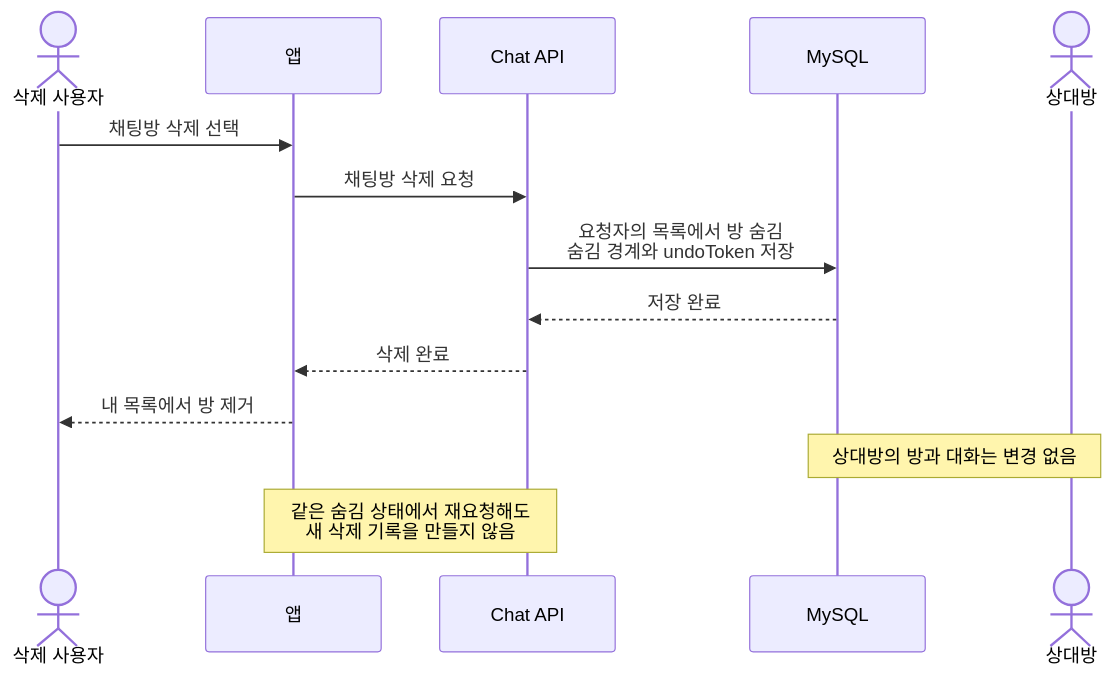
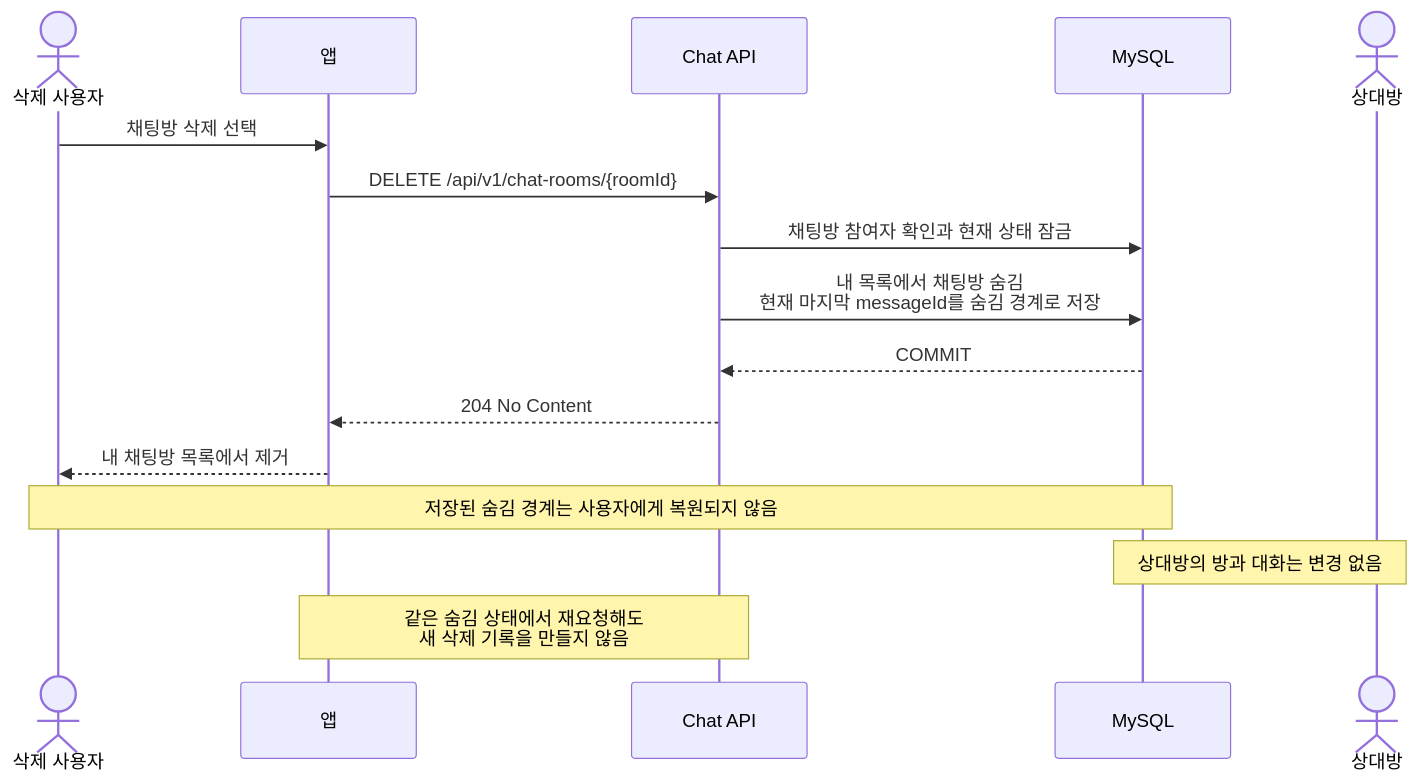
One commit to jameskim9509/Kohere-backend changed diagram 12 of 16 in docs/architecture/chat/05-sequence-diagrams.md. Above: the diagram before and after it, drawn with Mermaid. The commit also changed other lines of this file and 57 other files, not shown here.

First line of the commit message:
Merge pull request #236 from ychoik/feat/235-chat-api-stomp-contract

````diff
--- a/docs/architecture/chat/05-sequence-diagrams.md
+++ b/docs/architecture/chat/05-sequence-diagrams.md
@@ -287,17 +313,19 @@
 ```mermaid
 sequenceDiagram
     actor U as 삭제 사용자
     participant APP as 앱
     participant CHAT as Chat API
     participant DB as MySQL
     actor O as 상대방
 
     U->>APP: 채팅방 삭제 선택
-    APP->>CHAT: 채팅방 삭제 요청
-    CHAT->>DB: 요청자의 목록에서 방 숨김<br/>숨김 경계와 undoToken 저장
-    DB-->>CHAT: 저장 완료
-    CHAT-->>APP: 삭제 완료
-    APP-->>U: 내 목록에서 방 제거
+    APP->>CHAT: DELETE /api/v1/chat-rooms/{roomId}
+    CHAT->>DB: 채팅방 참여자 확인과 현재 상태 잠금
+    CHAT->>DB: 내 목록에서 채팅방 숨김<br/>현재 마지막 messageId를 숨김 경계로 저장
+    DB-->>CHAT: COMMIT
+    CHAT-->>APP: 204 No Content
+    APP-->>U: 내 채팅방 목록에서 제거
+    Note over U,DB: 저장된 숨김 경계는 사용자에게 복원되지 않음
     Note over O,DB: 상대방의 방과 대화는 변경 없음
     Note over APP,CHAT: 같은 숨김 상태에서 재요청해도<br/>새 삭제 기록을 만들지 않음
 ```
````
